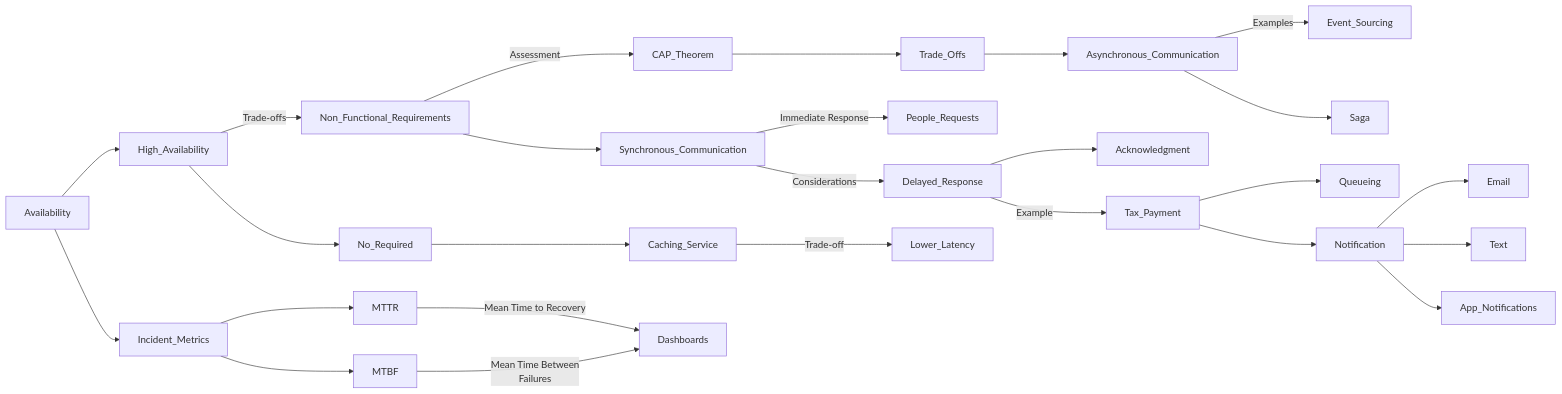
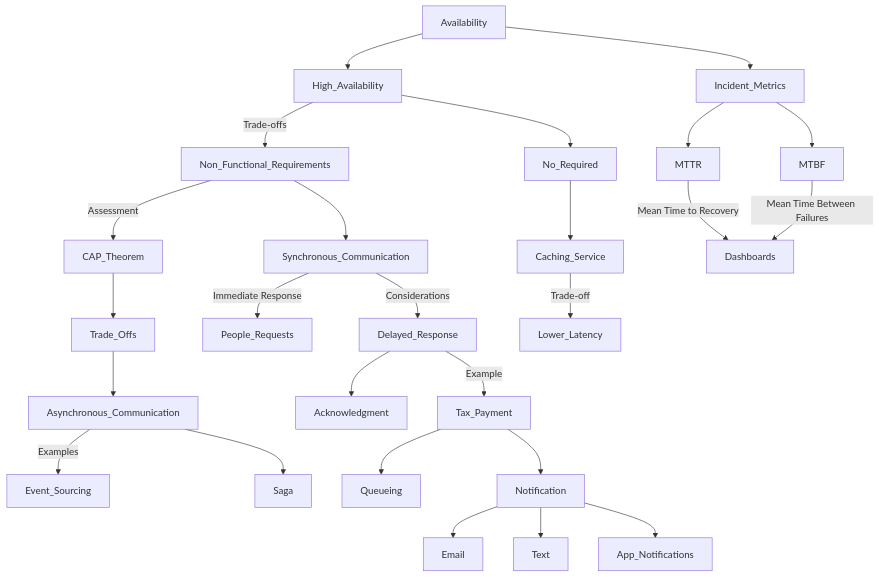
The diagram in system_design/2_non_functional_requirements/3_availability/1_availability.mermaid (rajat965ng/blogs), drawn with Mermaid before and after one commit.

Commit message:
updated with system design

```diff
--- a/system_design/2_non_functional_requirements/3_availability/1_availability.mermaid
+++ b/system_design/2_non_functional_requirements/3_availability/1_availability.mermaid
@@ -1,27 +1,26 @@
-graph LR;
+graph TD;
     Availability --> High_Availability;
-    High_Availability --> |Trade-offs| Non_Functional_Requirements;
-    Non_Functional_Requirements --> |Assessment| CAP_Theorem;
+    High_Availability -->|Trade-offs| Non_Functional_Requirements;
+    Non_Functional_Requirements -->|Assessment| CAP_Theorem;
     CAP_Theorem --> Trade_Offs;
     Trade_Offs --> Asynchronous_Communication;
-    Asynchronous_Communication --> |Examples| Event_Sourcing;
+    Asynchronous_Communication -->|Examples| Event_Sourcing;
     Asynchronous_Communication --> Saga;
     Non_Functional_Requirements --> Synchronous_Communication;
-    Synchronous_Communication --> |Immediate Response| People_Requests;
-    Synchronous_Communication --> |Considerations| Delayed_Response;
+    Synchronous_Communication -->|Immediate Response| People_Requests;
+    Synchronous_Communication -->|Considerations| Delayed_Response;
     Delayed_Response --> Acknowledgment;
-    Delayed_Response --> |Example| Tax_Payment;
+    Delayed_Response -->|Example| Tax_Payment;
     Tax_Payment --> Queueing;
     Tax_Payment --> Notification;
     Notification --> Email;
     Notification --> Text;
     Notification --> App_Notifications;
     High_Availability --> No_Required;
     No_Required --> Caching_Service;
-    Caching_Service --> |Trade-off| Lower_Latency;
+    Caching_Service -->|Trade-off| Lower_Latency;
     Availability --> Incident_Metrics;
     Incident_Metrics --> MTTR;
     Incident_Metrics --> MTBF;
     MTTR --> |Mean Time to Recovery| Dashboards;
-    MTBF --> |Mean Time Between
- Failures| Dashboards;
+    MTBF --> |Mean Time Between Failures| Dashboards;
```
